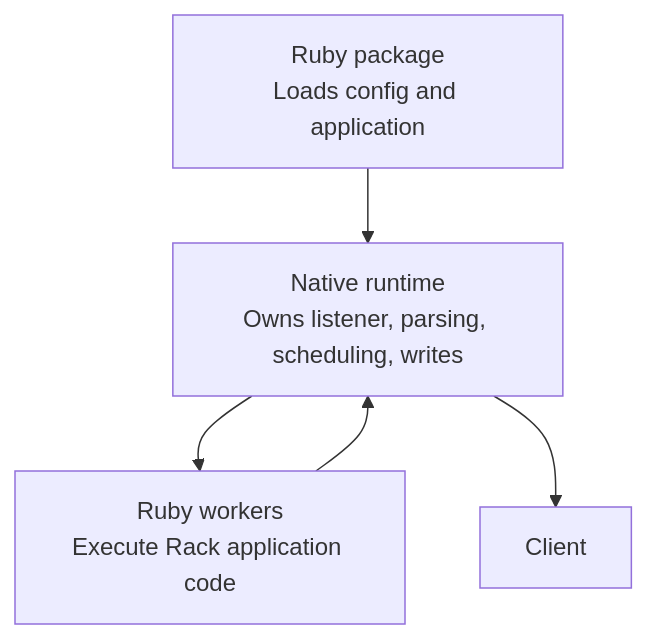
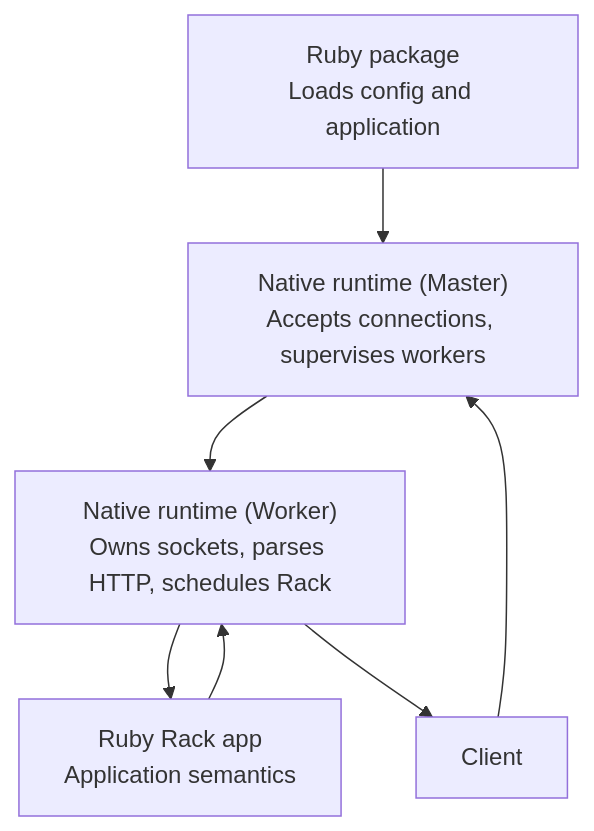
Before and after one commit to Code-Vedas/vajra: the diagram in docs/pages/04-architecture.md, drawn with Mermaid. The commit also changed other lines of this file and 218 other files, not shown here.

````diff
--- a/docs/pages/04-architecture.md
+++ b/docs/pages/04-architecture.md
@@ -15,12 +12,15 @@
 ```mermaid
 flowchart TD
   ruby["Ruby package<br/>Loads config and application"]
-  native["Native runtime<br/>Owns listener, parsing, scheduling, writes"]
-  workers["Ruby workers<br/>Execute Rack application code"]
+  native["Native runtime (Master)<br/>Accepts connections, supervises workers"]
+  workers["Native runtime (Worker)<br/>Owns sockets, parses HTTP, schedules Rack"]
+  rack["Ruby Rack app<br/>Application semantics"]
   client["Client"]
 
   ruby --> native
   native --> workers
-  workers --> native
-  native --> client
+  workers --> rack
+  rack --> workers
+  workers --> client
+  client --> native
 ```
````
